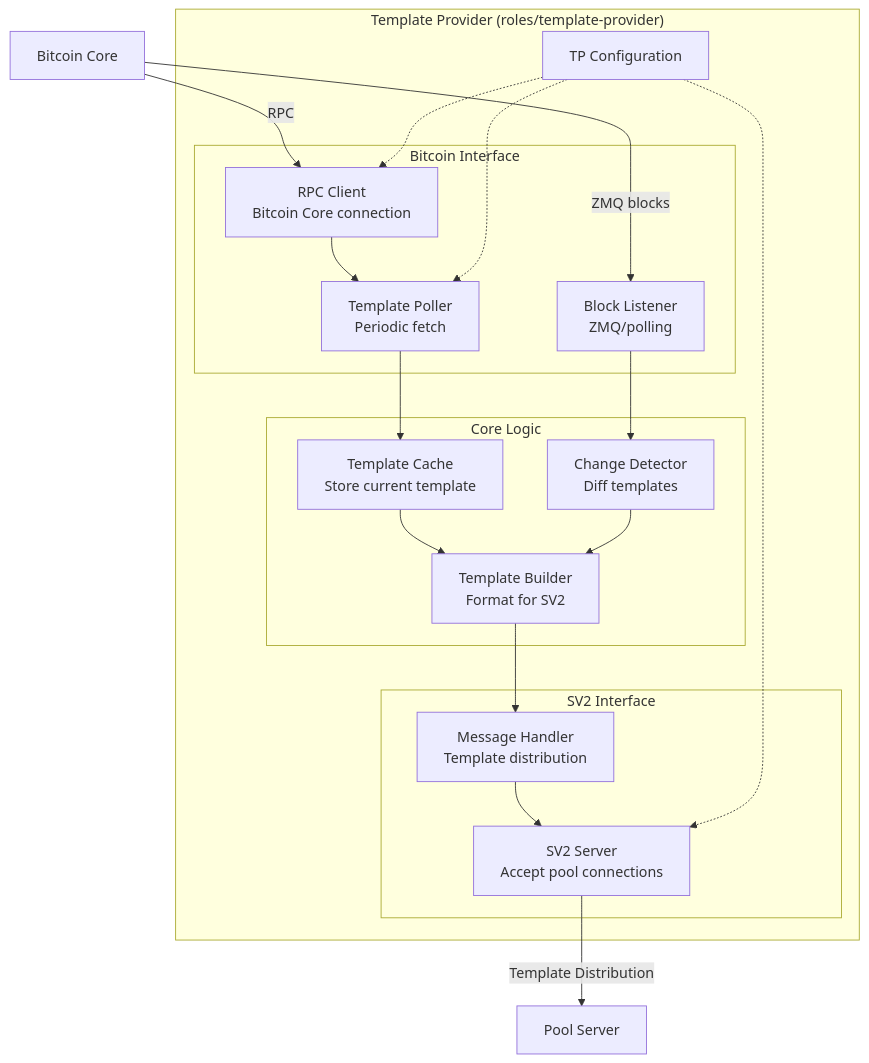
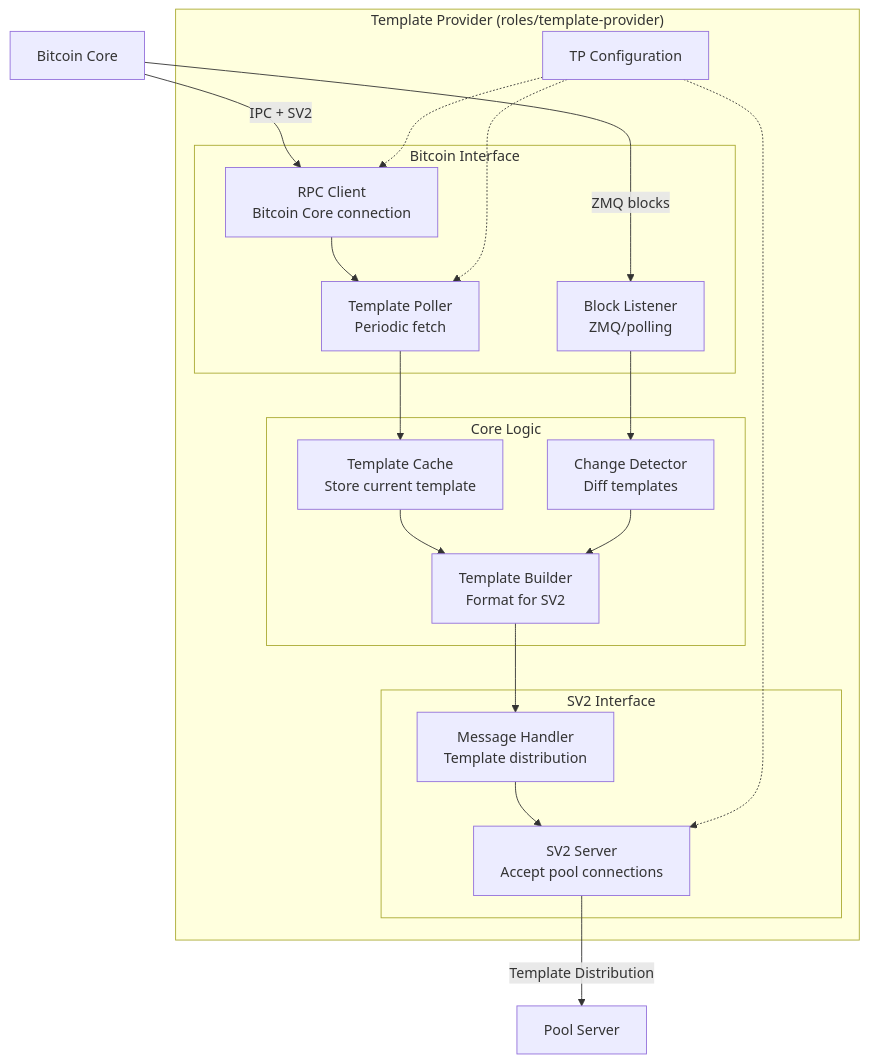
Before and after one commit to EthnTuttle/stratum: the diagram in docs/src/architecture/components/template-provider.md, drawn with Mermaid. The commit also changed other lines of this file and 2 other files, not shown here.

First line of the commit message:
fix(docs): Correct Template Provider to use Bitcoin Core IPC interface

````diff
--- a/docs/src/architecture/components/template-provider.md
+++ b/docs/src/architecture/components/template-provider.md
@@ -7,40 +7,40 @@
 ```mermaid
 graph TB
     subgraph "Template Provider (roles/template-provider)"
         subgraph "Bitcoin Interface"
             RpcClient[RPC Client<br/>Bitcoin Core connection]
             TemplatePoller[Template Poller<br/>Periodic fetch]
             BlockListener[Block Listener<br/>ZMQ/polling]
         end
 
         subgraph "Core Logic"
             TemplateCache[Template Cache<br/>Store current template]
             TemplateBuilder[Template Builder<br/>Format for SV2]
             ChangeDetector[Change Detector<br/>Diff templates]
         end
 
         subgraph "SV2 Interface"
             ServerListener[SV2 Server<br/>Accept pool connections]
             MsgHandler[Message Handler<br/>Template distribution]
         end
 
         Config[TP Configuration]
     end
 
-    Bitcoin[Bitcoin Core] -->|RPC| RpcClient
+    Bitcoin[Bitcoin Core] -->|IPC + SV2| RpcClient
     Bitcoin -->|ZMQ blocks| BlockListener
     RpcClient --> TemplatePoller
     TemplatePoller --> TemplateCache
     BlockListener --> ChangeDetector
 
     TemplateCache --> TemplateBuilder
     ChangeDetector --> TemplateBuilder
     TemplateBuilder --> MsgHandler
 
     MsgHandler --> ServerListener
     ServerListener -->|Template Distribution| Pool[Pool Server]
 
     Config -.-> RpcClient
     Config -.-> TemplatePoller
     Config -.-> ServerListener
 ```
````
